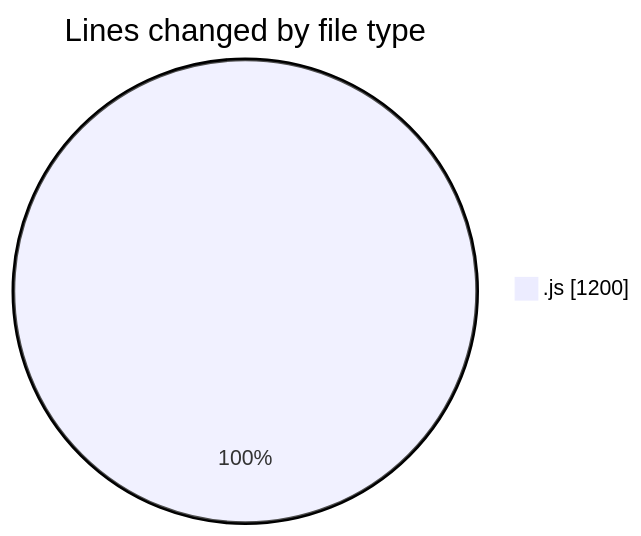
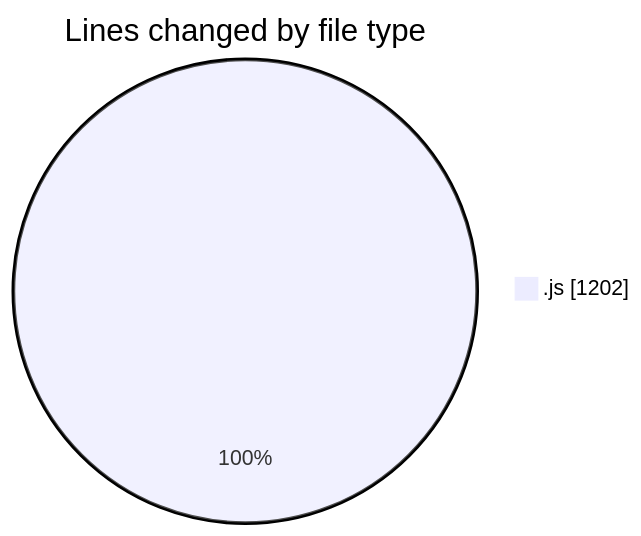
Before and after one commit to nxtqubesakshisongat/code-tracking: the first of 2 diagrams in 2025-09-08/cashcalculator/README.md, drawn with Mermaid. The commit also changed other lines of this file and 1 other file, not shown here.

````diff
--- a/2025-09-08/cashcalculator/README.md
+++ b/2025-09-08/cashcalculator/README.md
@@ -20,5 +20,5 @@
 ```mermaid
 pie showData
 title Lines changed by file type
-".js" : 1200
+".js" : 1202
 ```
````
